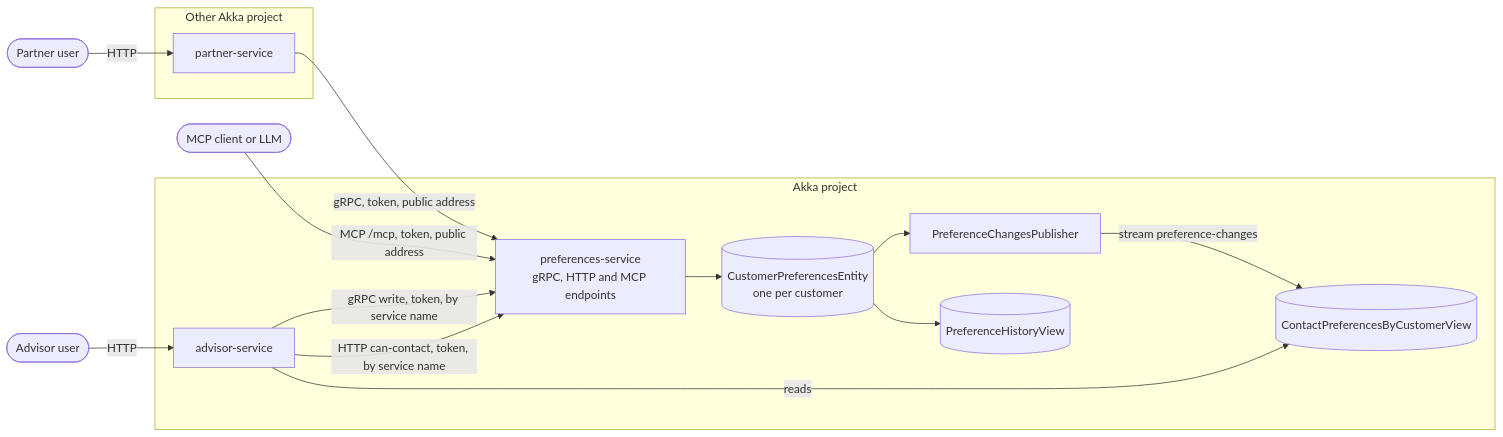
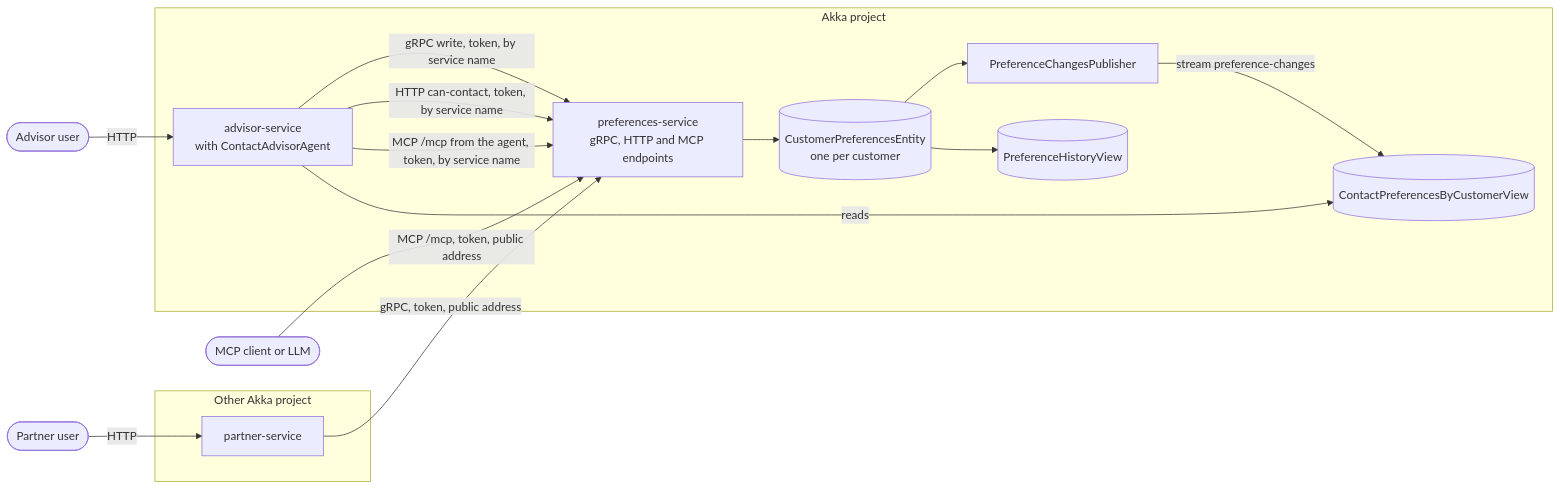
One commit to joshuabuckton/common-service-sample changed the second of 11 diagrams in docs/flows.md. Above: the diagram before and after it, drawn with Mermaid. The commit also changed other lines of this file and 2 other files, not shown here.

First line of the commit message:
docs: describe the assistant agent and why the contract is its own jar

````diff
--- a/docs/flows.md
+++ b/docs/flows.md
@@ -24,28 +24,29 @@
 ```mermaid
 flowchart LR
   adv(["Advisor user"])
   partnerUser(["Partner user"])
   assistant(["MCP client or LLM"])
   subgraph projectA["Akka project"]
-    advisor["advisor-service"]
+    advisor["advisor-service<br/>with ContactAdvisorAgent"]
     view[("ContactPreferencesByCustomerView")]
     prefs["preferences-service<br/>gRPC, HTTP and MCP endpoints"]
     entity[("CustomerPreferencesEntity<br/>one per customer")]
     history[("PreferenceHistoryView")]
     publisher["PreferenceChangesPublisher"]
   end
   subgraph projectB["Other Akka project"]
     partner["partner-service"]
   end
   adv -- "HTTP" --> advisor
   advisor -- "gRPC write, token, by service name" --> prefs
   advisor -- "HTTP can-contact, token, by service name" --> prefs
+  advisor -- "MCP /mcp from the agent, token, by service name" --> prefs
   prefs --> entity
   entity --> publisher
   publisher -- "stream preference-changes" --> view
   advisor -- "reads" --> view
   entity --> history
   partnerUser -- "HTTP" --> partner
   partner -- "gRPC, token, public address" --> prefs
   assistant -- "MCP /mcp, token, public address" --> prefs
 ```
````
